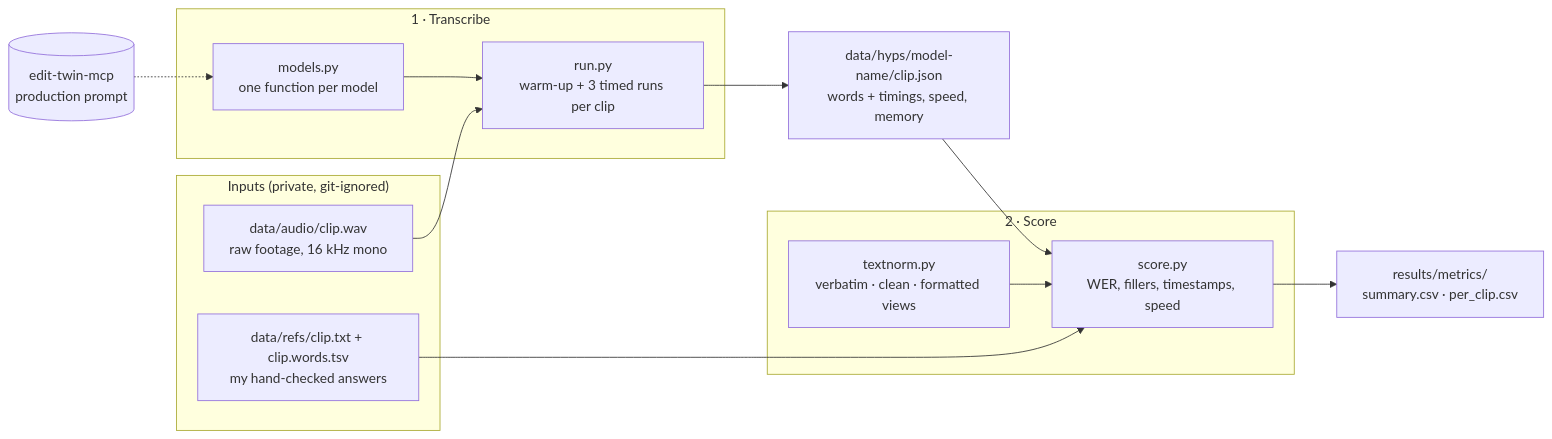
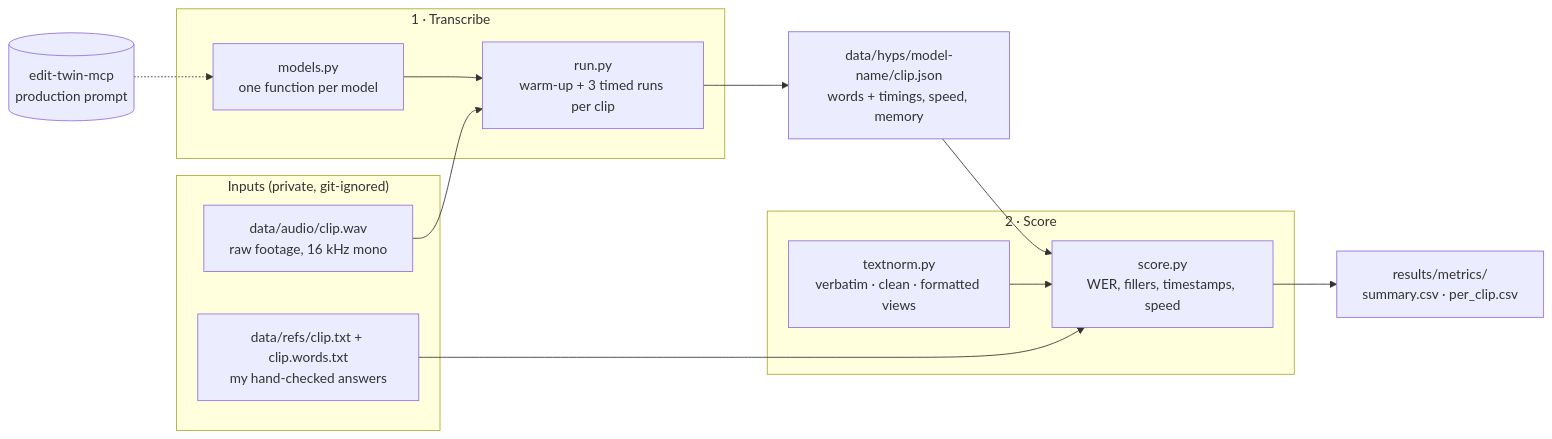
Before and after one commit to alyssasworld/edit-twin-asr-benchmark: the diagram in README.md, drawn with Mermaid. The commit also changed other lines of this file and 5 other files, not shown here.

````diff
--- a/README.md
+++ b/README.md
@@ -33,31 +33,31 @@
 ```mermaid
 flowchart LR
     subgraph inputs["Inputs (private, git-ignored)"]
         audio["data/audio/clip.wav<br/>raw footage, 16 kHz mono"]
-        refs["data/refs/clip.txt + clip.words.tsv<br/>my hand-checked answers"]
+        refs["data/refs/clip.txt + clip.words.txt<br/>my hand-checked answers"]
     end
 
     subgraph step1["1 · Transcribe"]
         models["models.py<br/>one function per model"]
         run["run.py<br/>warm-up + 3 timed runs per clip"]
     end
 
     hyps["data/hyps/model-name/clip.json<br/>words + timings, speed, memory"]
 
     subgraph step2["2 · Score"]
         textnorm["textnorm.py<br/>verbatim · clean · formatted views"]
         score["score.py<br/>WER, fillers, timestamps, speed"]
     end
 
     results["results/metrics/<br/>summary.csv · per_clip.csv"]
     edittwin[("edit-twin-mcp<br/>production prompt")]
 
     edittwin -.-> models
     audio --> run
     models --> run
     run --> hyps
     hyps --> score
     refs --> score
     textnorm --> score
     score --> results
 ```
````
